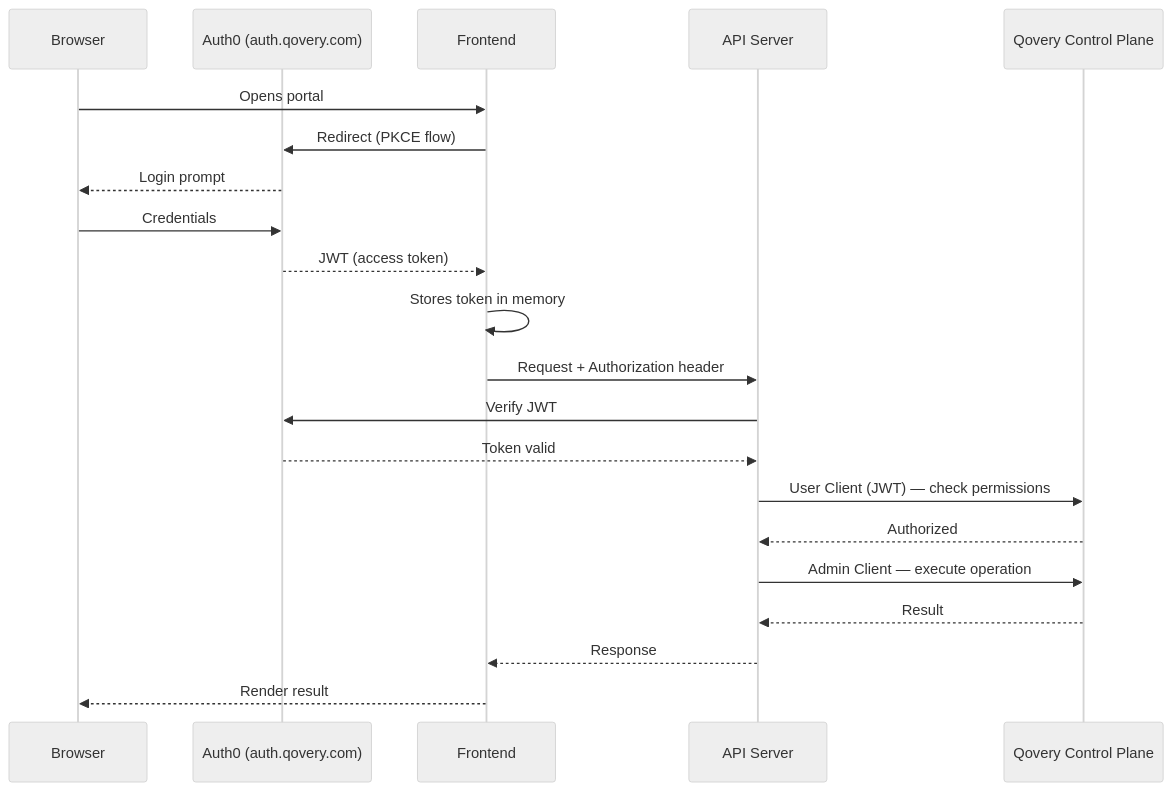
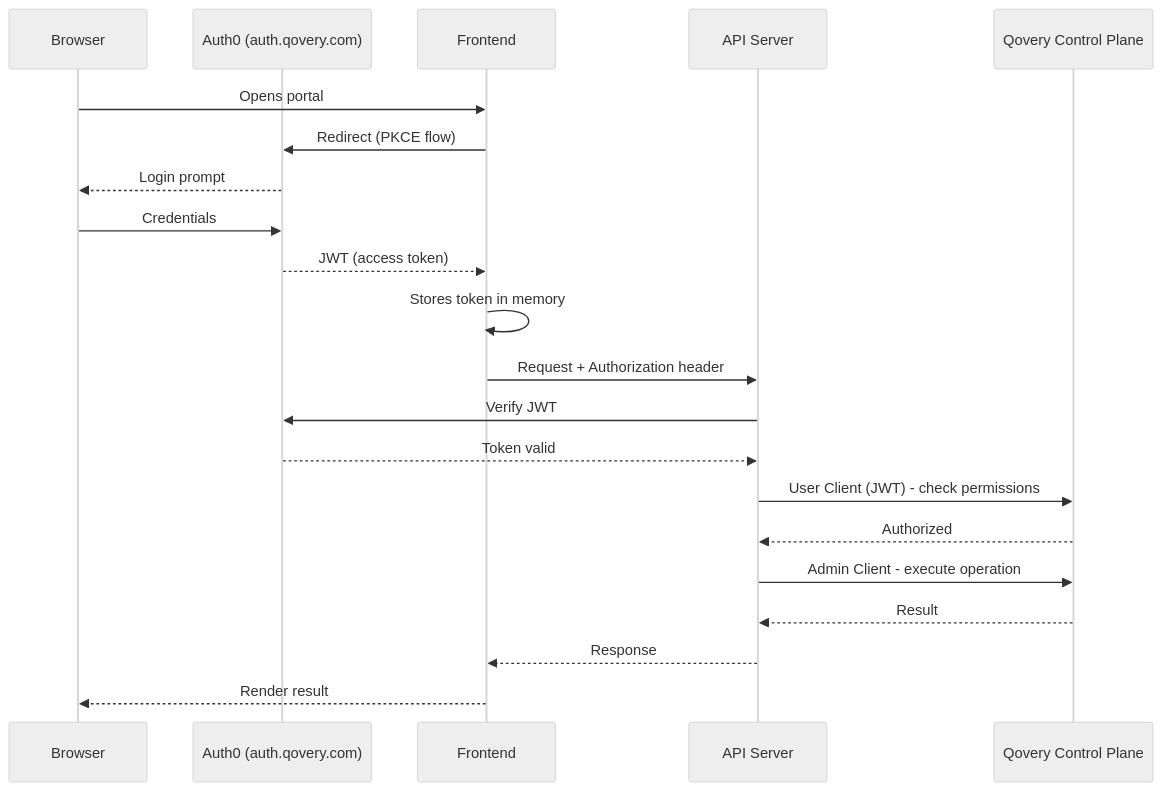
Before and after one commit to Qovery/documentation: the third of 4 diagrams in docs/rde/reference/architecture.mdx, drawn with Mermaid (neutral theme). The commit also changed other lines of this file and 16 other files, not shown here.

````diff
--- a/docs/rde/reference/architecture.mdx
+++ b/docs/rde/reference/architecture.mdx
@@ -133,24 +133,24 @@
 ```mermaid
 sequenceDiagram
     participant User as Browser
     participant Auth0 as Auth0 (auth.qovery.com)
     participant FE as Frontend
     participant API as API Server
     participant CP as Qovery Control Plane
 
     User->>FE: Opens portal
     FE->>Auth0: Redirect (PKCE flow)
     Auth0-->>User: Login prompt
     User->>Auth0: Credentials
     Auth0-->>FE: JWT (access token)
     FE->>FE: Stores token in memory
     FE->>API: Request + Authorization header
     API->>Auth0: Verify JWT
     Auth0-->>API: Token valid
-    API->>CP: User Client (JWT) — check permissions
+    API->>CP: User Client (JWT) - check permissions
     CP-->>API: Authorized
-    API->>CP: Admin Client — execute operation
+    API->>CP: Admin Client - execute operation
     CP-->>API: Result
     API-->>FE: Response
     FE-->>User: Render result
 ```
````
